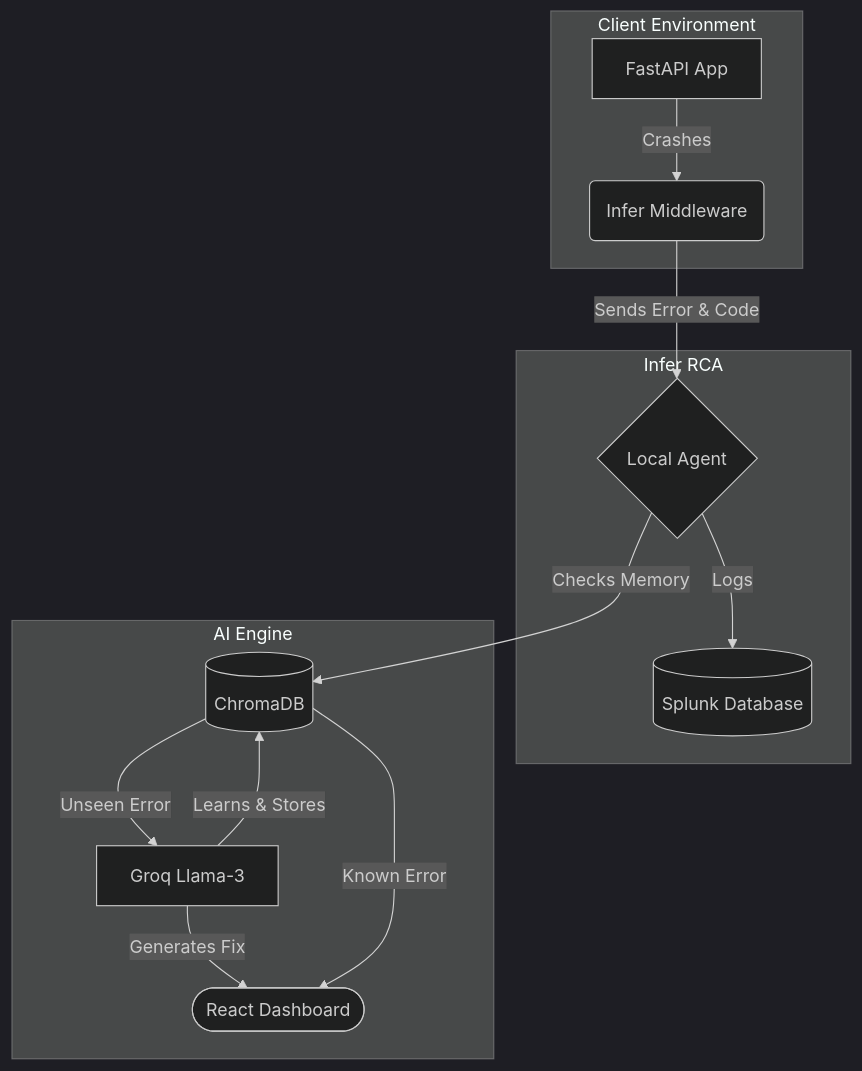
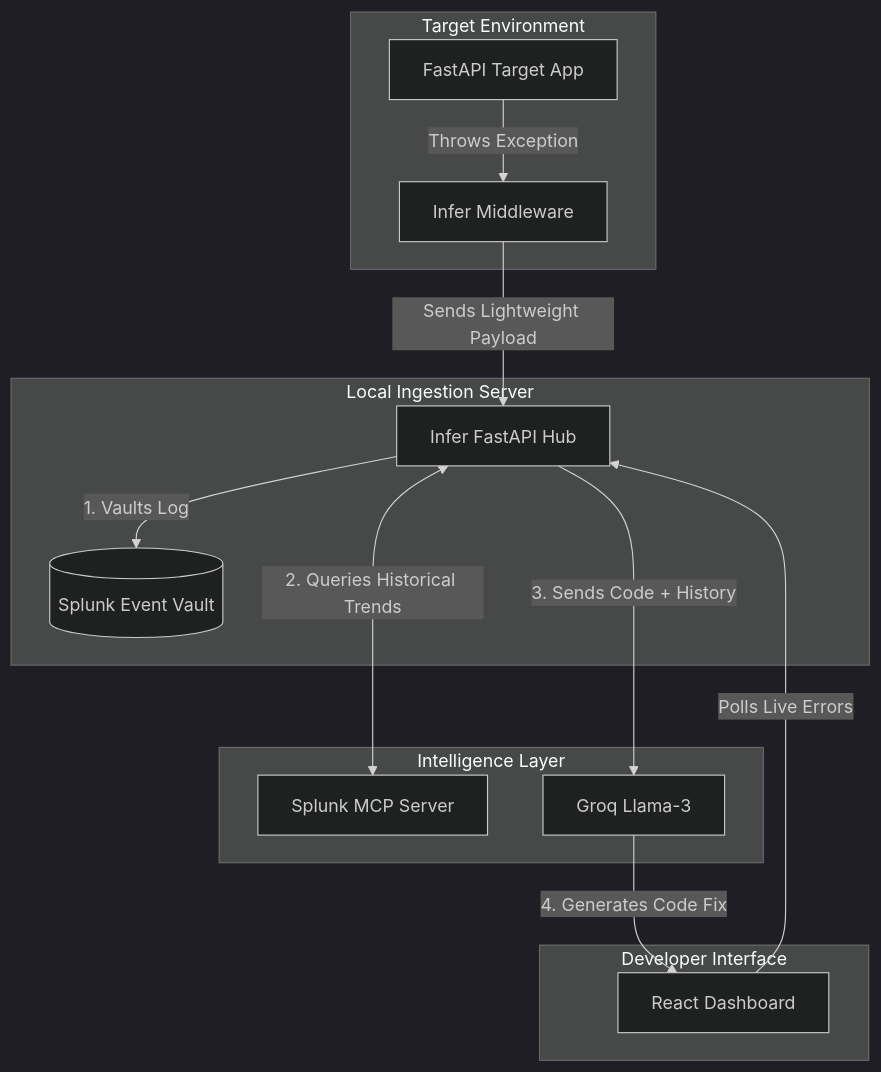
Before and after one commit to icarus5851/infer-rca: the diagram in README.md, drawn with Mermaid (dark theme). The commit also changed other lines of this file and 39 other files, not shown here.

Commit message:
update react dashboard and modularise backend code

````diff
--- a/README.md
+++ b/README.md
@@ -23,20 +15,22 @@
 ```mermaid
 graph TD
-    subgraph Client Environment
-        A[FastAPI App] -->|Crashes| B(Infer Middleware)
+    subgraph Target Environment
+        APP[FastAPI Target App] -->|Throws Exception| MW[Infer Middleware]
     end
 
-    subgraph Infer RCA
-        B -->|Sends Error & Code| C{Local Agent}
-        C -->|Logs| D[(Splunk Database)]
+    subgraph Local Ingestion Server
+        MW -->|Sends Lightweight Payload| HUB[Infer FastAPI Hub]
+        HUB -->|1. Vaults Log| HEC[(Splunk Event Vault)]
     end
 
-    subgraph AI Engine
-        C -->|Checks Memory| E[(ChromaDB)]
-        E -->|Unseen Error| F[Groq Llama-3]
-        F -->|Learns & Stores| E
-        F -->|Generates Fix| G([React Dashboard])
-        E -->|Known Error| G
+    subgraph Intelligence Layer
+        HUB <--->|2. Queries Historical Trends| MCP[Splunk MCP Server]
+        HUB -->|3. Sends Code + History| AI[Groq Llama-3]
+    end
+
+    subgraph Developer Interface
+        UI[React Dashboard] -->|Polls Live Errors| HUB
+        AI -->|4. Generates Code Fix| UI
     end
 
 ```
````
